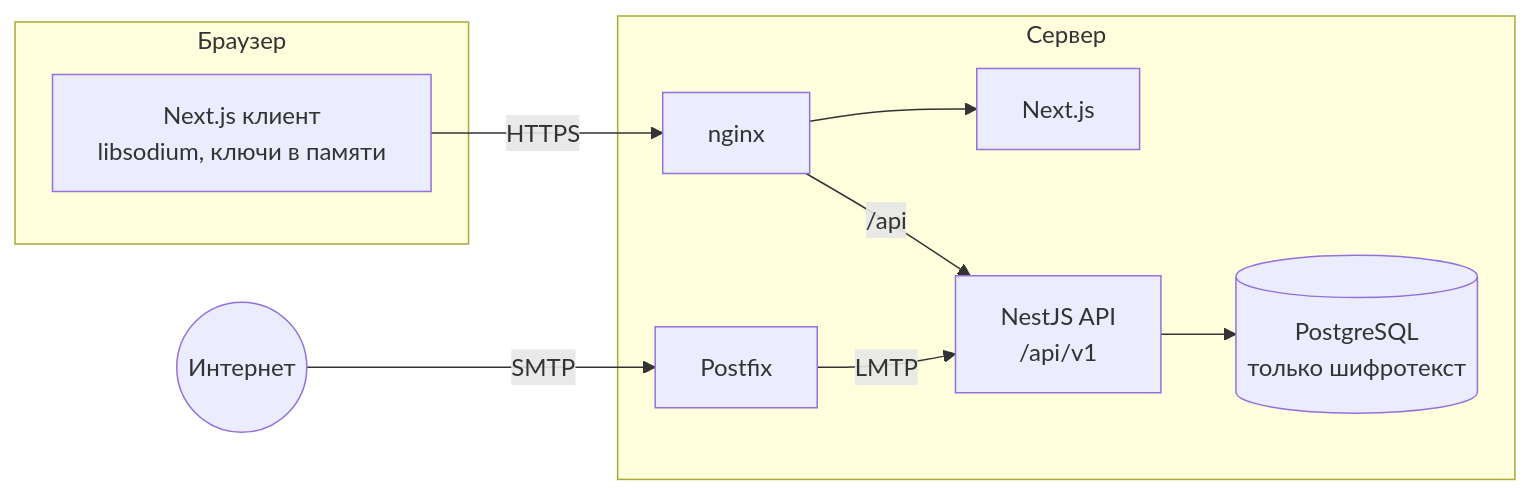
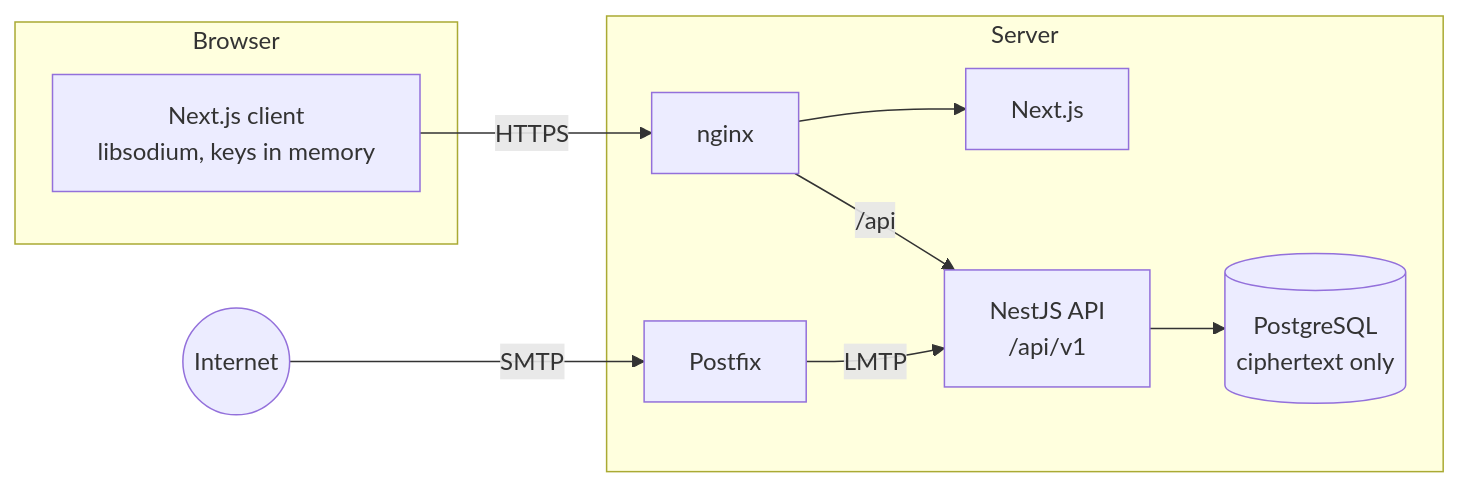
One commit to alexandra-seredkina/ShadowBox-Backend changed the diagram in README.md. Above: the diagram before and after it, drawn with Mermaid. The commit also changed other lines of this file and 26 other files, not shown here.

````diff
--- a/README.md
+++ b/README.md
@@ -145,18 +151,18 @@
 ```mermaid
 flowchart LR
-    subgraph Browser["Браузер"]
-        UI["Next.js клиент<br/>libsodium, ключи в памяти"]
+    subgraph Browser["Browser"]
+        UI["Next.js client<br/>libsodium, keys in memory"]
     end
-    subgraph Server["Сервер"]
+    subgraph Server["Server"]
         NGINX["nginx"]
         WEB["Next.js"]
         API["NestJS API<br/>/api/v1"]
-        DB[("PostgreSQL<br/>только шифротекст")]
+        DB[("PostgreSQL<br/>ciphertext only")]
         MTA["Postfix"]
     end
-    Internet(("Интернет")) -- SMTP --> MTA -- LMTP --> API
+    Internet(("Internet")) -- SMTP --> MTA -- LMTP --> API
     UI -- HTTPS --> NGINX
     NGINX --> WEB
     NGINX -- /api --> API
     API --> DB
 ```
````
